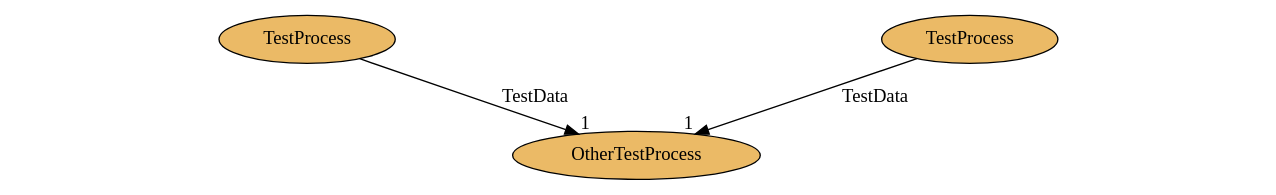
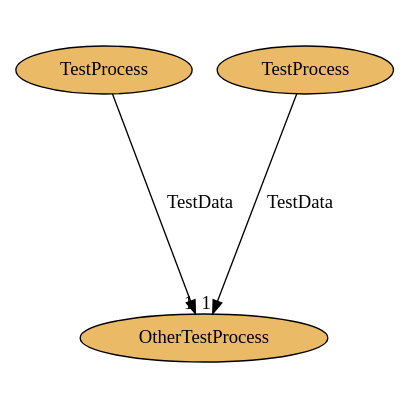
Before and after one commit to adamcobabe/mrv: the diagram in py/byronimotest/byronimo/automation/workflows/multiinputambiguous.dot, drawn with Graphviz. The commit also changed 10 other files, not shown here.

Commit message:
automation: diagramm updated to current version Plan: implemented base version, but the order of operations gets lost( of course ), the default networkx method will not do it for us unfortunately

```diff
--- a/py/byronimotest/byronimo/automation/workflows/multiinputambiguous.dot
+++ b/py/byronimotest/byronimo/automation/workflows/multiinputambiguous.dot
@@ -1,9 +1,9 @@
 digraph test {
-ratio=0.132
+ratio=1
 node [style=filled]
 "TestProcessi1" [fillcolor="#ebba66",label="TestProcess"];
 "TestProcessi2" [fillcolor="#ebba66",label="TestProcess"];
 "TestProcessTarget" [fillcolor="#ebba66",label="OtherTestProcess"];
 "TestProcessi1" -> "TestProcessTarget" [label="TestData",headlabel="1"];
 "TestProcessi2" -> "TestProcessTarget" [label="TestData",headlabel="1"];
 }
```
